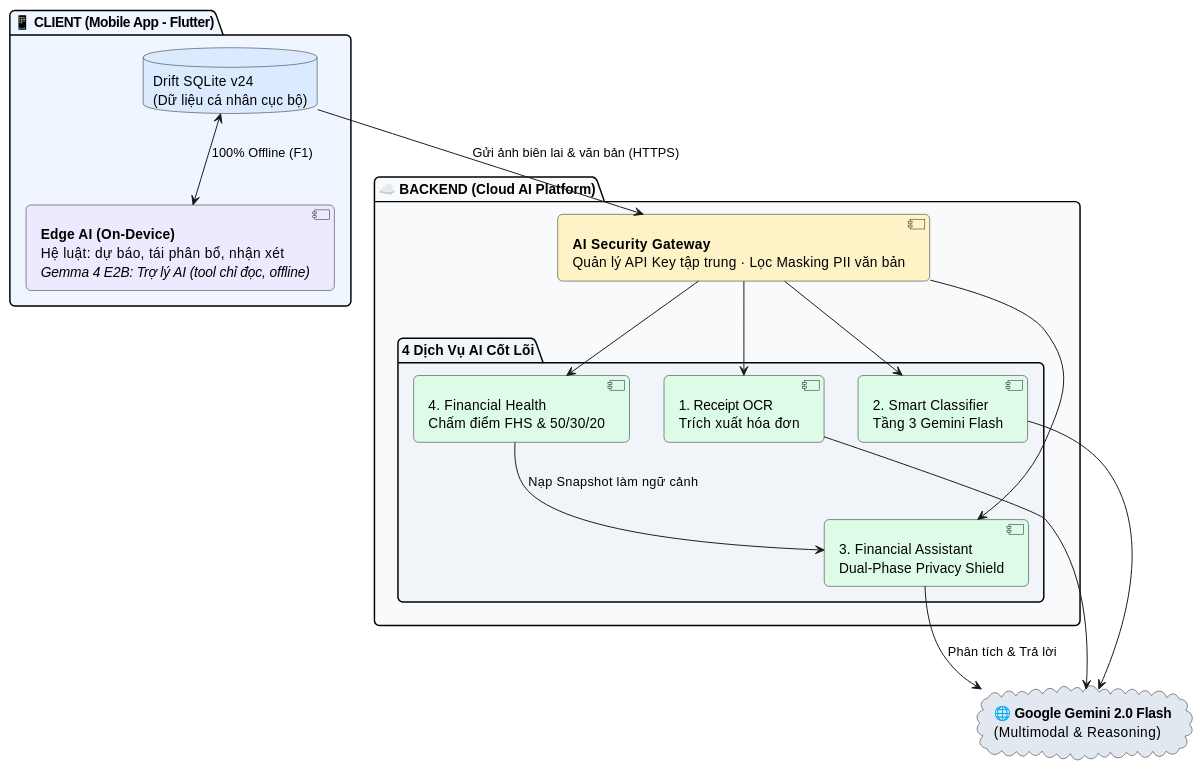
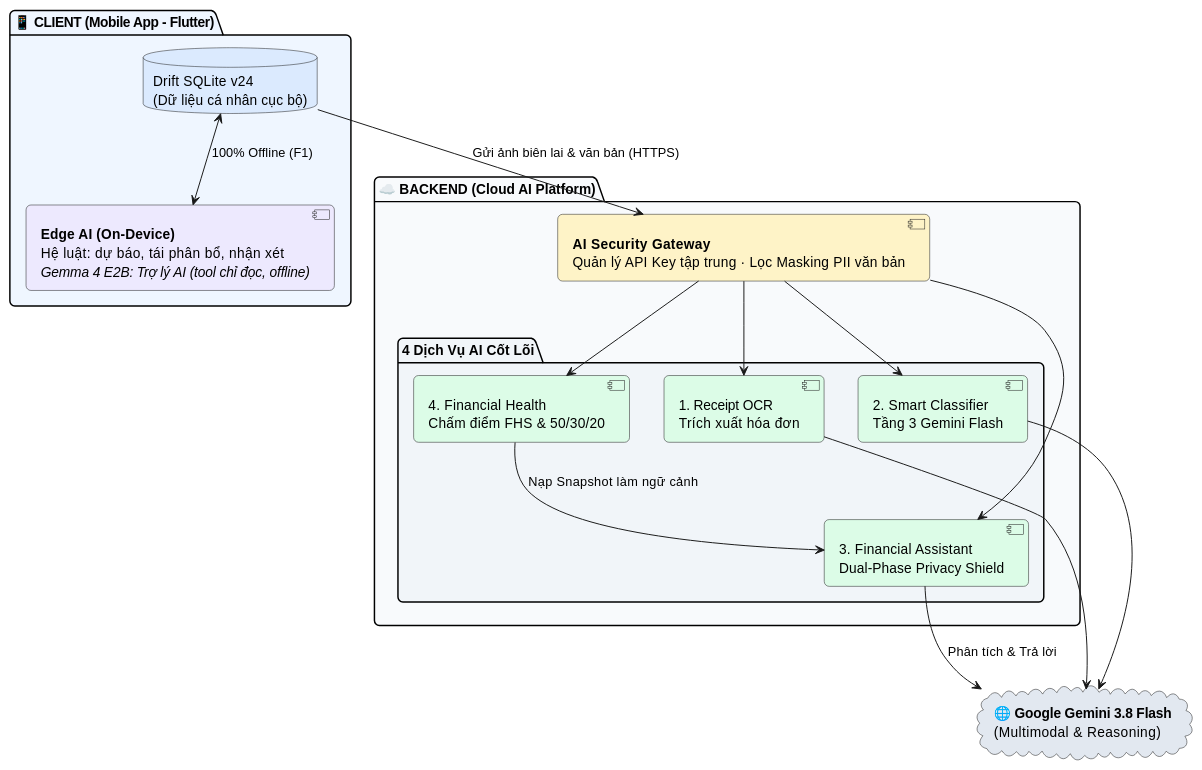
One commit to NguyenPhuBao/ManagementFinance changed the second of 2 diagrams in docs/AI/AI_ARCHITECTURE_DIAGRAM.md. Above: the diagram before and after it, drawn with PlantUML. The commit also changed other lines of this file and 13 other files, not shown here.

````diff
--- a/docs/AI/AI_ARCHITECTURE_DIAGRAM.md
+++ b/docs/AI/AI_ARCHITECTURE_DIAGRAM.md
@@ -52,39 +52,39 @@
 ```plantuml
 @startuml
 skinparam backgroundColor #FFFFFF
 skinparam roundCorner 10
 skinparam defaultFontName Arial
 skinparam shadowing false
 
 package "📱 CLIENT (Mobile App - Flutter)" #EFF6FF {
   database "Drift SQLite v24\n(Dữ liệu cá nhân cục bộ)" as LocalDB #DBEAFE
   component "<b>Edge AI (On-Device)</b>\nHệ luật: dự báo, tái phân bổ, nhận xét\n<i>Gemma 4 E2B: Trợ lý AI (tool chỉ đọc, offline)</i>" as EdgeAI #EDE9FE
   LocalDB <--> EdgeAI : 100% Offline (F1)
 }
 
 package "☁️ BACKEND (Cloud AI Platform)" #F8FAFC {
   component "<b>AI Security Gateway</b>\nQuản lý API Key tập trung · Lọc Masking PII văn bản" as Gateway #FEF3C7
   
   package "4 Dịch Vụ AI Cốt Lõi" #F1F5F9 {
     [1. Receipt OCR\nTrích xuất hóa đơn] as OCR #DCFCE7
     [2. Smart Classifier\nTầng 3 Gemini Flash] as Classify #DCFCE7
     [3. Financial Assistant\nDual-Phase Privacy Shield] as Chat #DCFCE7
     [4. Financial Health\nChấm điểm FHS & 50/30/20] as Health #DCFCE7
   }
   
   Gateway --> OCR
   Gateway --> Classify
   Gateway --> Chat
   Gateway --> Health
 }
 
-cloud "<b>🌐 Google Gemini 2.0 Flash</b>\n(Multimodal & Reasoning)" as Gemini #E2E8F0
+cloud "<b>🌐 Google Gemini 3.8 Flash</b>\n(Multimodal & Reasoning)" as Gemini #E2E8F0
 
 LocalDB --> Gateway : Gửi ảnh biên lai & văn bản (HTTPS)
 OCR --> Gemini
 Classify --> Gemini
 Health --> Chat : Nạp Snapshot làm ngữ cảnh
 Chat --> Gemini : Phân tích & Trả lời
 
 @enduml
 ```
````
